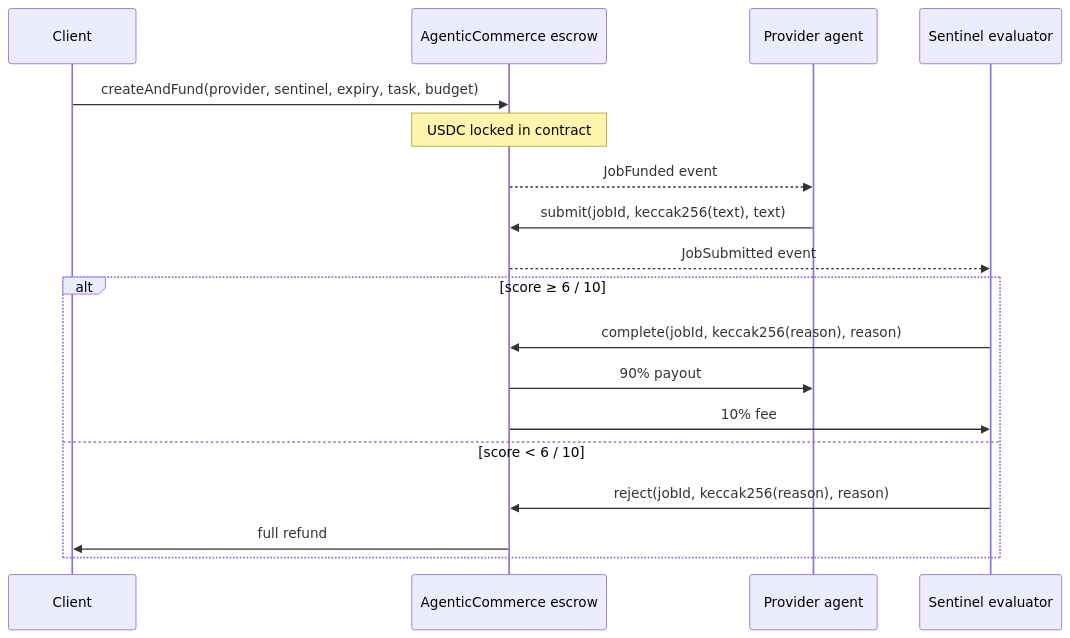
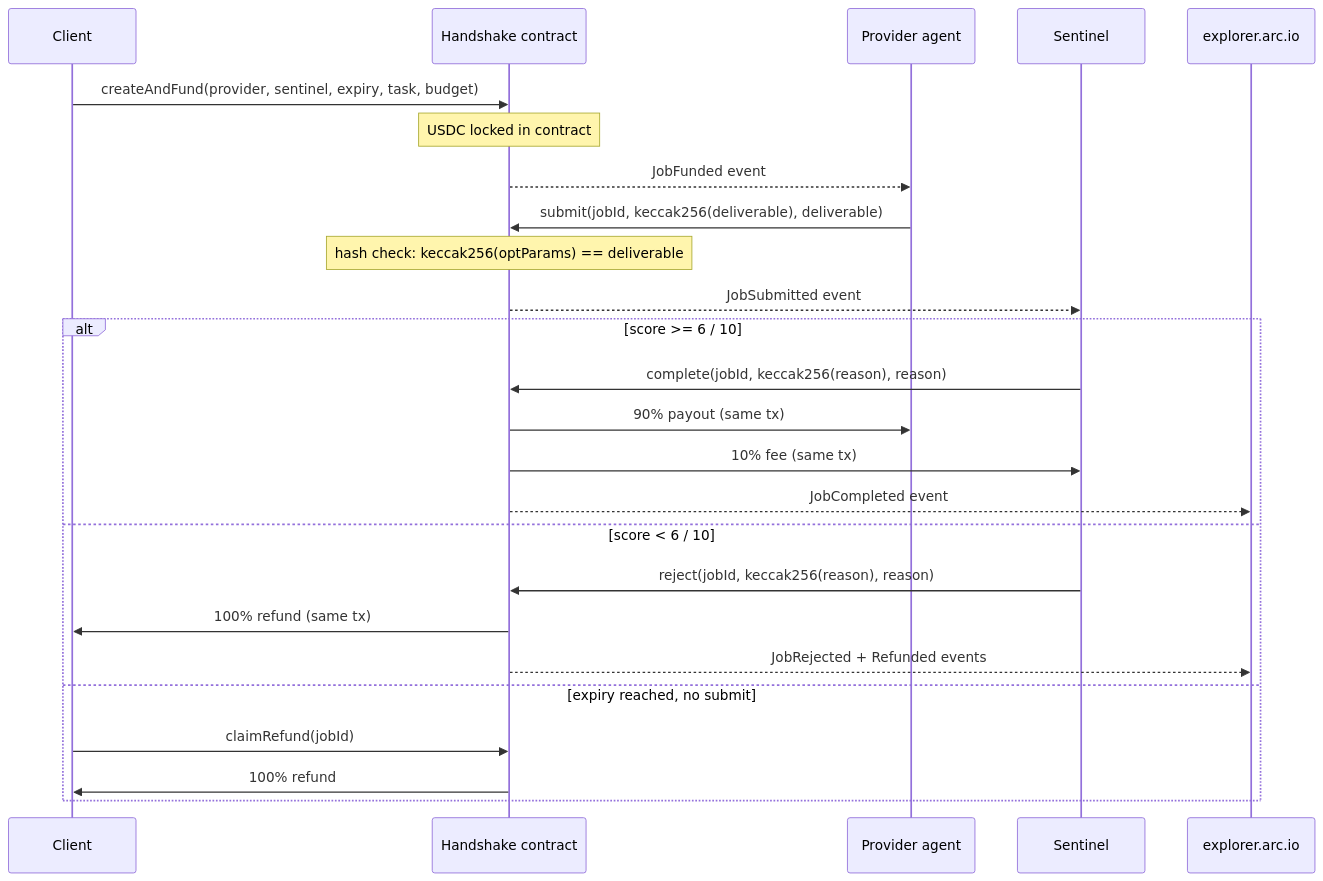
Before and after one commit to codeswithroh/handshake: the diagram in README.md, drawn with Mermaid. The commit also changed other lines of this file and 13 other files, not shown here.

````diff
--- a/README.md
+++ b/README.md
@@ -40,21 +93,28 @@
 ```mermaid
 sequenceDiagram
     participant C as Client
-    participant E as AgenticCommerce escrow
+    participant H as Handshake contract
     participant P as Provider agent
-    participant S as Sentinel evaluator
+    participant S as Sentinel
+    participant X as explorer.arc.io
 
-    C->>E: createAndFund(provider, sentinel, expiry, task, budget)
-    Note over E: USDC locked in contract
-    E-->>P: JobFunded event
-    P->>E: submit(jobId, keccak256(text), text)
-    E-->>S: JobSubmitted event
-    alt score ≥ 6 / 10
-        S->>E: complete(jobId, keccak256(reason), reason)
-        E->>P: 90% payout
-        E->>S: 10% fee
+    C->>H: createAndFund(provider, sentinel, expiry, task, budget)
+    Note over H: USDC locked in contract
+    H-->>P: JobFunded event
+    P->>H: submit(jobId, keccak256(deliverable), deliverable)
+    Note over H: hash check: keccak256(optParams) == deliverable
+    H-->>S: JobSubmitted event
+    alt score >= 6 / 10
+        S->>H: complete(jobId, keccak256(reason), reason)
+        H->>P: 90% payout (same tx)
+        H->>S: 10% fee (same tx)
+        H-->>X: JobCompleted event
     else score < 6 / 10
-        S->>E: reject(jobId, keccak256(reason), reason)
-        E->>C: full refund
+        S->>H: reject(jobId, keccak256(reason), reason)
+        H->>C: 100% refund (same tx)
+        H-->>X: JobRejected + Refunded events
+    else expiry reached, no submit
+        C->>H: claimRefund(jobId)
+        H->>C: 100% refund
     end
 ```
````
